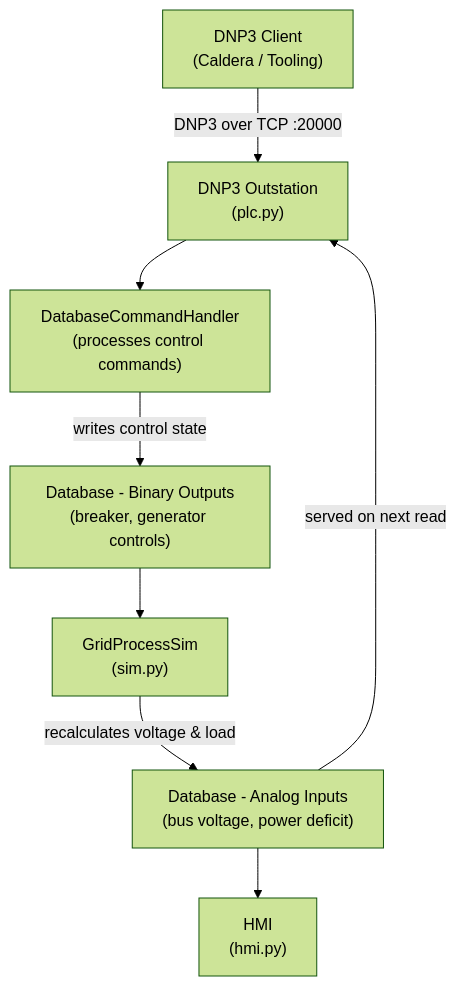
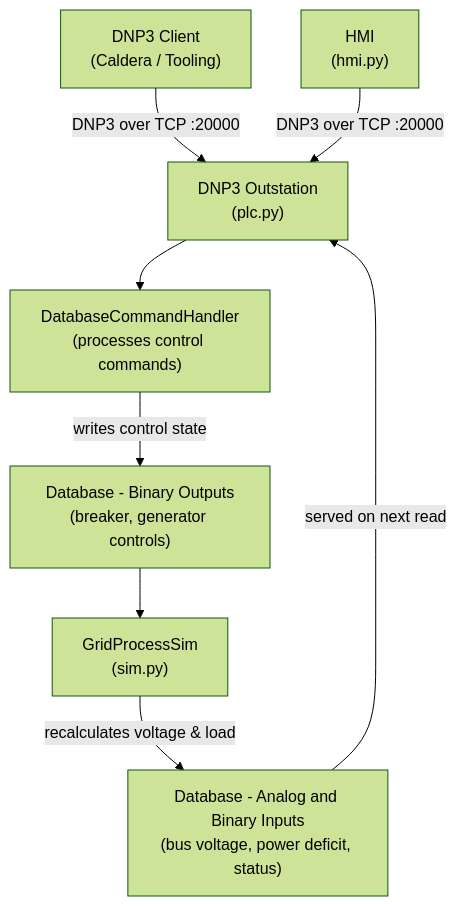
Before and after one commit to mitre/grid-watch: the diagram in docs/architecture/architecture.md, drawn with Mermaid (forest theme). The commit also changed other lines of this file and 9 other files, not shown here.

````diff
--- a/docs/architecture/architecture.md
+++ b/docs/architecture/architecture.md
@@ -5,18 +5,18 @@
 ```mermaid
 flowchart TD
     A["DNP3 Client\n(Caldera / Tooling)"]
     B["DNP3 Outstation\n(plc.py)"]
     C["DatabaseCommandHandler\n(processes control commands)"]
     D["Database - Binary Outputs\n(breaker, generator controls)"]
     E["GridProcessSim\n(sim.py)"]
-    F["Database - Analog Inputs\n(bus voltage, power deficit)"]
+    F["Database - Analog and Binary Inputs\n(bus voltage, power deficit, status)"]
     G["HMI\n(hmi.py)"]
 
     A -->|"DNP3 over TCP :20000"| B
+    G -->|"DNP3 over TCP :20000"| B
     B --> C
     C -->|"writes control state"| D
     D --> E
     E -->|"recalculates voltage & load"| F
     F -->|"served on next read"| B
-    F --> G
 ```
````
